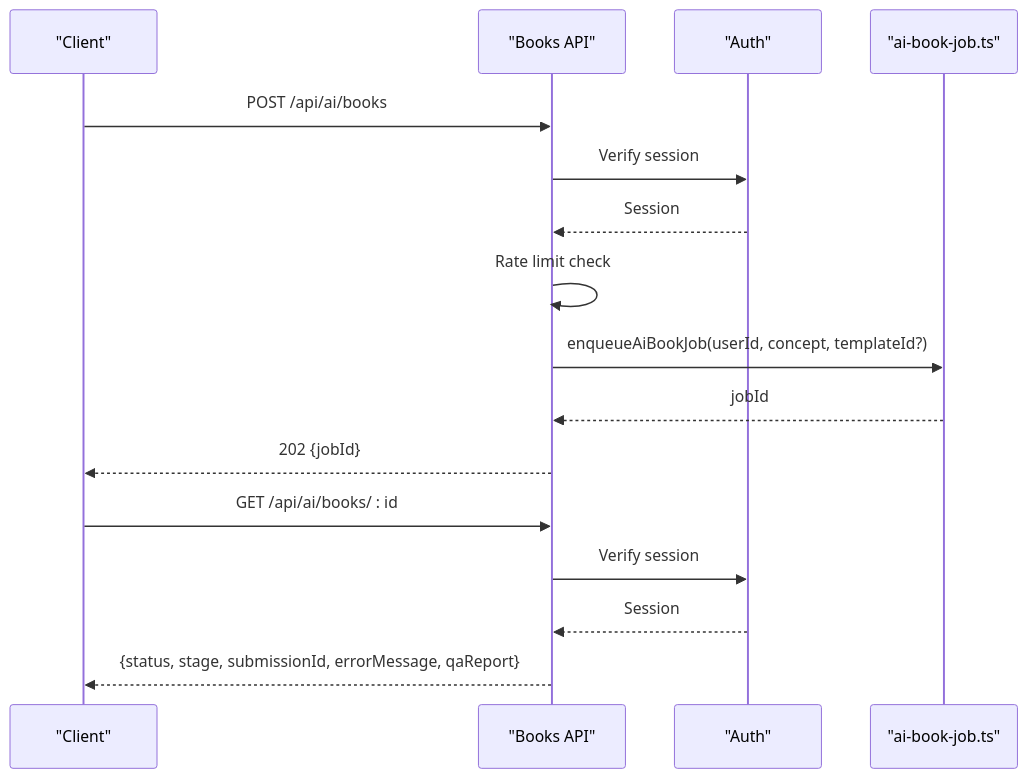
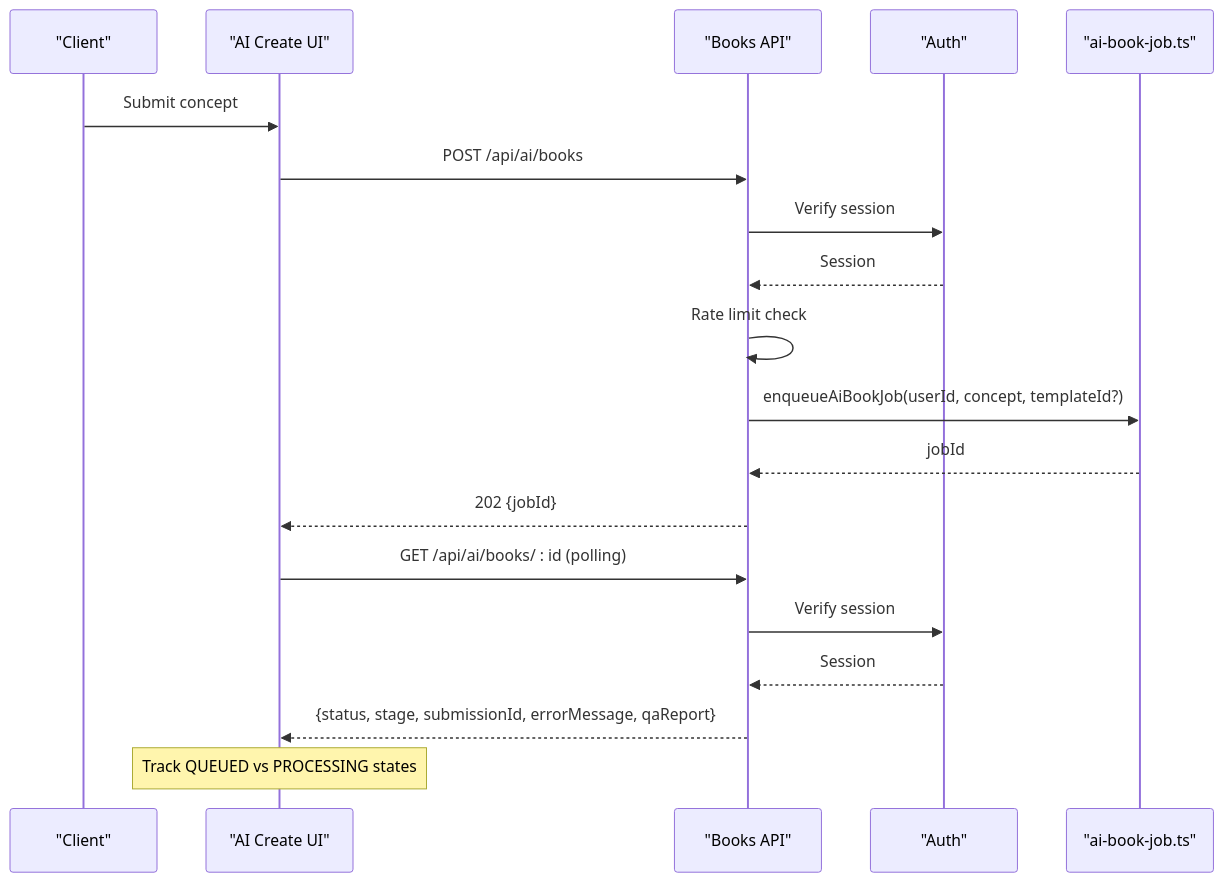
One commit to Crowdspender/titchybooks-app changed diagram 11 of 13 in .qoder/repowiki/en/content/Architecture Overview/AI Book Generation System.md. Above: the diagram before and after it, drawn with Mermaid. The commit also changed other lines of this file and 13 other files, not shown here.

````diff
--- a/.qoder/repowiki/en/content/Architecture Overview/AI Book Generation System.md
+++ b/.qoder/repowiki/en/content/Architecture Overview/AI Book Generation System.md
@@ -351,18 +399,21 @@
 ```mermaid
 sequenceDiagram
 participant Client as "Client"
+participant UI as "AI Create UI"
 participant API as "Books API"
 participant Auth as "Auth"
 participant JobLib as "ai-book-job.ts"
-Client->>API : POST /api/ai/books
+Client->>UI : Submit concept
+UI->>API : POST /api/ai/books
 API->>Auth : Verify session
 Auth-->>API : Session
 API->>API : Rate limit check
 API->>JobLib : enqueueAiBookJob(userId, concept, templateId?)
 JobLib-->>API : jobId
-API-->>Client : 202 {jobId}
-Client->>API : GET /api/ai/books/ : id
+API-->>UI : 202 {jobId}
+UI->>API : GET /api/ai/books/ : id (polling)
 API->>Auth : Verify session
 Auth-->>API : Session
-API-->>Client : {status, stage, submissionId, errorMessage, qaReport}
+API-->>UI : {status, stage, submissionId, errorMessage, qaReport}
+Note over UI : Track QUEUED vs PROCESSING states
 ```
````
